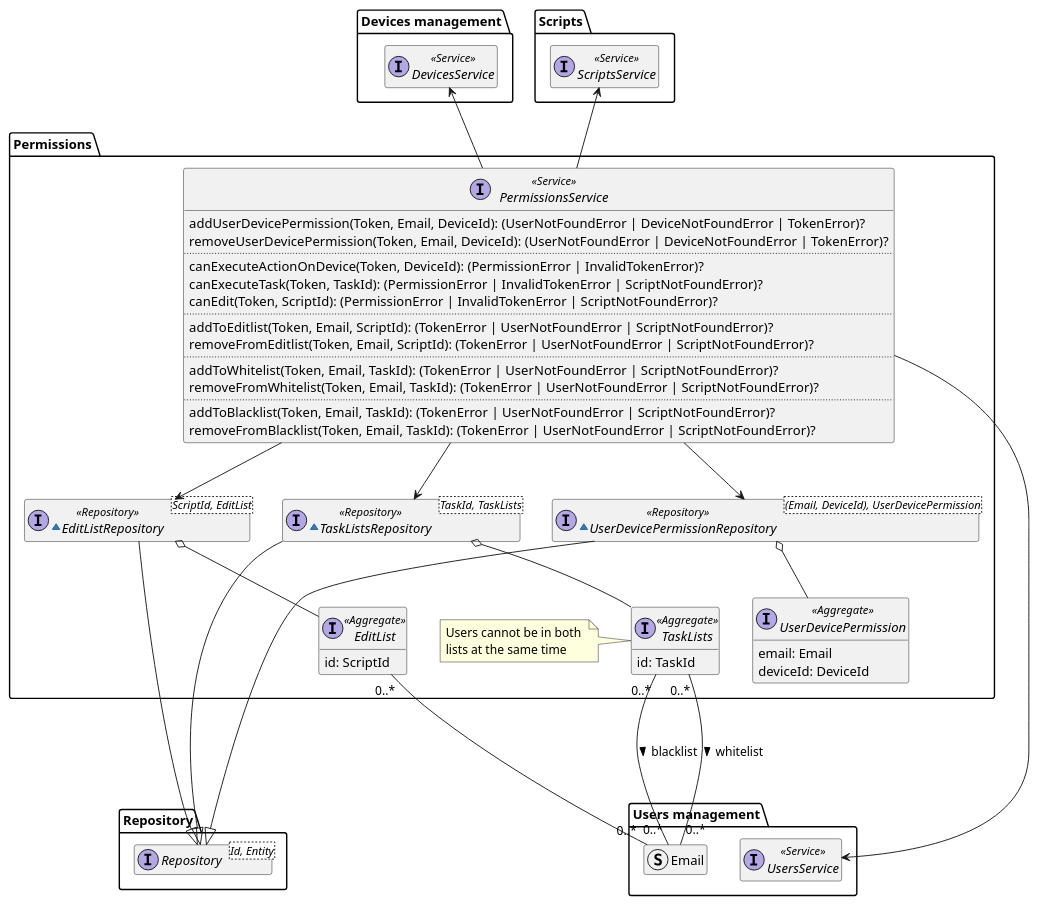
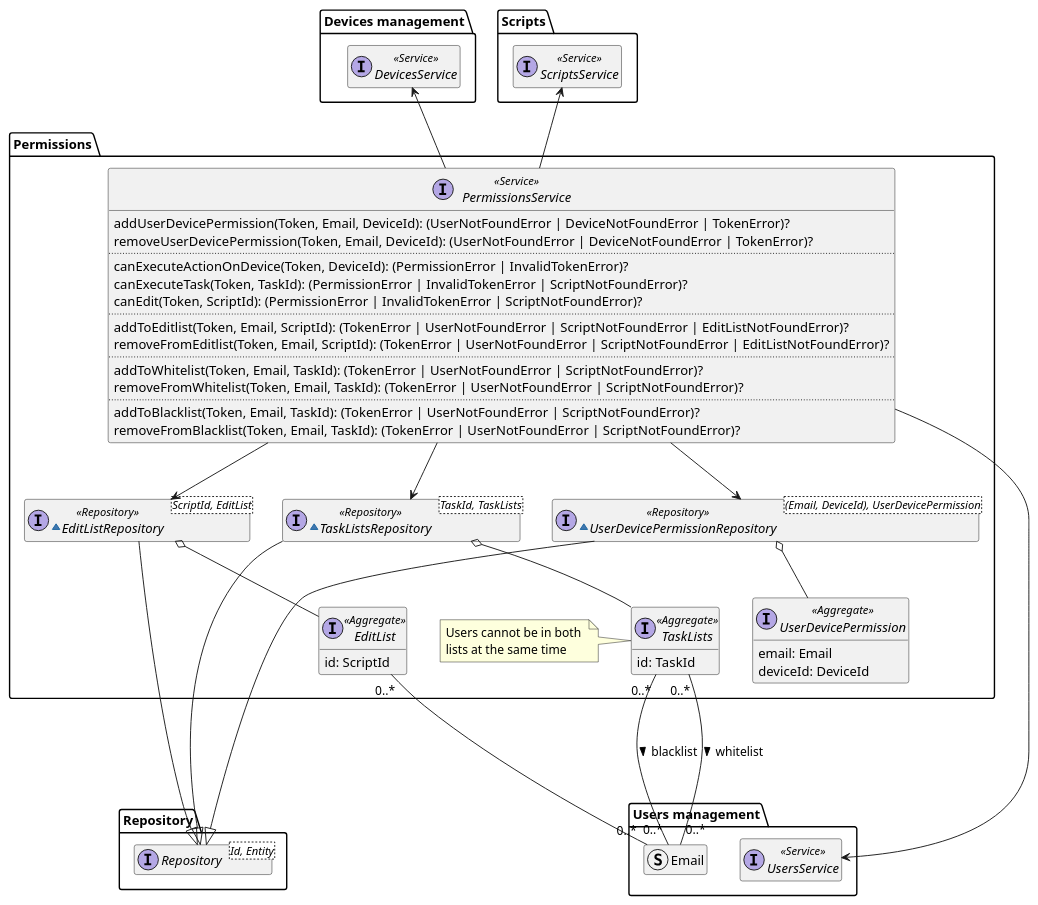
The diagram in diagrams/src/permissions-domain-model.puml (DomoticASW/.github), drawn with PlantUML before and after one commit. The commit also changed 10 other files, not shown here.

```diff
--- a/diagrams/src/permissions-domain-model.puml
+++ b/diagrams/src/permissions-domain-model.puml
@@ -2,86 +2,86 @@
 @startuml permissions-domain-model
 
 hide empty members
 package Repository{
     interface Repository<Id, Entity>
 }
 
 package "Users management" as UsersManagement {
     interface UsersService <<Service>>
     struct Email
 }
 
 package "Devices management" as DevicesManagement {
     interface DevicesService <<Service>>
 }
 
 package Scripts {
     interface ScriptsService <<Service>>
 }
 
 package "Permissions" {
     interface PermissionsService <<Service>> {
         addUserDevicePermission(Token, Email, DeviceId): (UserNotFoundError | DeviceNotFoundError | TokenError)?
         removeUserDevicePermission(Token, Email, DeviceId): (UserNotFoundError | DeviceNotFoundError | TokenError)?
         ..
         canExecuteActionOnDevice(Token, DeviceId): (PermissionError | InvalidTokenError)?
         canExecuteTask(Token, TaskId): (PermissionError | InvalidTokenError | ScriptNotFoundError)?
         canEdit(Token, ScriptId): (PermissionError | InvalidTokenError | ScriptNotFoundError)?
         ..
-        addToEditlist(Token, Email, ScriptId): (TokenError | UserNotFoundError | ScriptNotFoundError)?
-        removeFromEditlist(Token, Email, ScriptId): (TokenError | UserNotFoundError | ScriptNotFoundError)?
+        addToEditlist(Token, Email, ScriptId): (TokenError | UserNotFoundError | ScriptNotFoundError | EditListNotFoundError)?
+        removeFromEditlist(Token, Email, ScriptId): (TokenError | UserNotFoundError | ScriptNotFoundError | EditListNotFoundError)?
         ..
         addToWhitelist(Token, Email, TaskId): (TokenError | UserNotFoundError | ScriptNotFoundError)?
         removeFromWhitelist(Token, Email, TaskId): (TokenError | UserNotFoundError | ScriptNotFoundError)?
         ..
         addToBlacklist(Token, Email, TaskId): (TokenError | UserNotFoundError | ScriptNotFoundError)?
         removeFromBlacklist(Token, Email, TaskId): (TokenError | UserNotFoundError | ScriptNotFoundError)?
     }
 
     ~interface UserDevicePermissionRepository<(Email, DeviceId), UserDevicePermission> <<Repository>> {
     }
 
     interface UserDevicePermission <<Aggregate>> {
         email: Email
         deviceId: DeviceId
     }
 
     ~interface EditListRepository<ScriptId, EditList> <<Repository>> {
     }
 
     interface EditList <<Aggregate>> {
         id: ScriptId
     }
 
     ~interface TaskListsRepository<TaskId, TaskLists> <<Repository>> {
     }
 
     interface TaskLists <<Aggregate>> {
         id: TaskId
     }
 
     note left of TaskLists
         Users cannot be in both 
         lists at the same time
     end note
 
 
     PermissionsService -u-> DevicesManagement.DevicesService
     PermissionsService --> UsersManagement.UsersService
     PermissionsService -u-> Scripts.ScriptsService
     PermissionsService --> UserDevicePermissionRepository
     PermissionsService --> EditListRepository
     PermissionsService --> TaskListsRepository
     UserDevicePermissionRepository ----|> Repository.Repository
     UserDevicePermissionRepository o-- UserDevicePermission
     EditList "0..*" -- "0..*" UsersManagement.Email
     EditListRepository --|> Repository.Repository
     EditListRepository o-- EditList
     TaskLists "0..*" --- "0..*" UsersManagement.Email : "blacklist >"
     TaskLists "0..*" --- "0..*" UsersManagement.Email : "whitelist >"
     TaskListsRepository --|> Repository.Repository
     TaskListsRepository o-- TaskLists
 
 }
 
 @enduml
```
